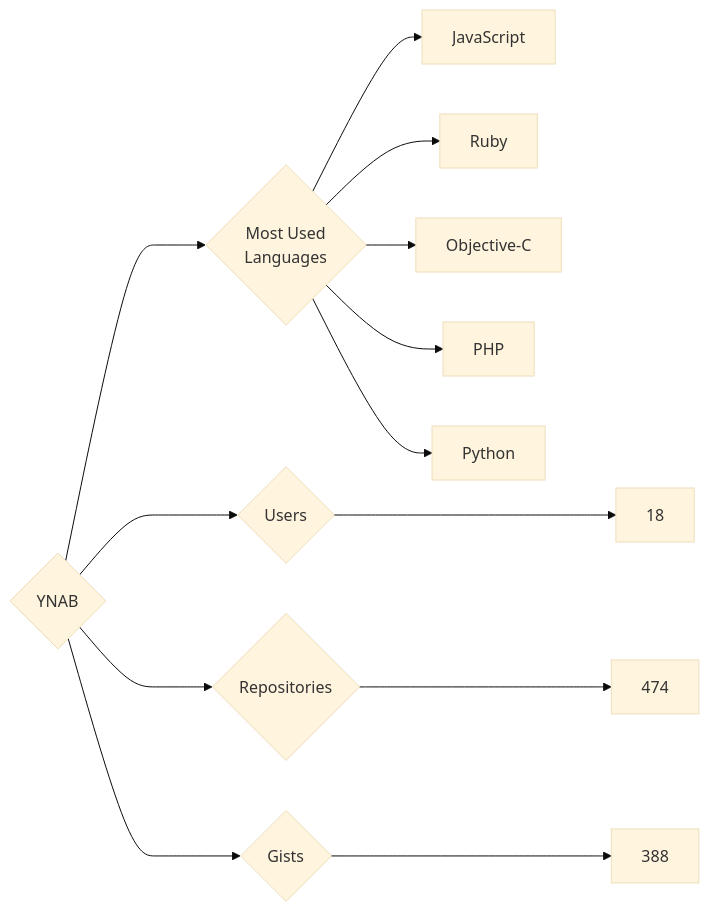
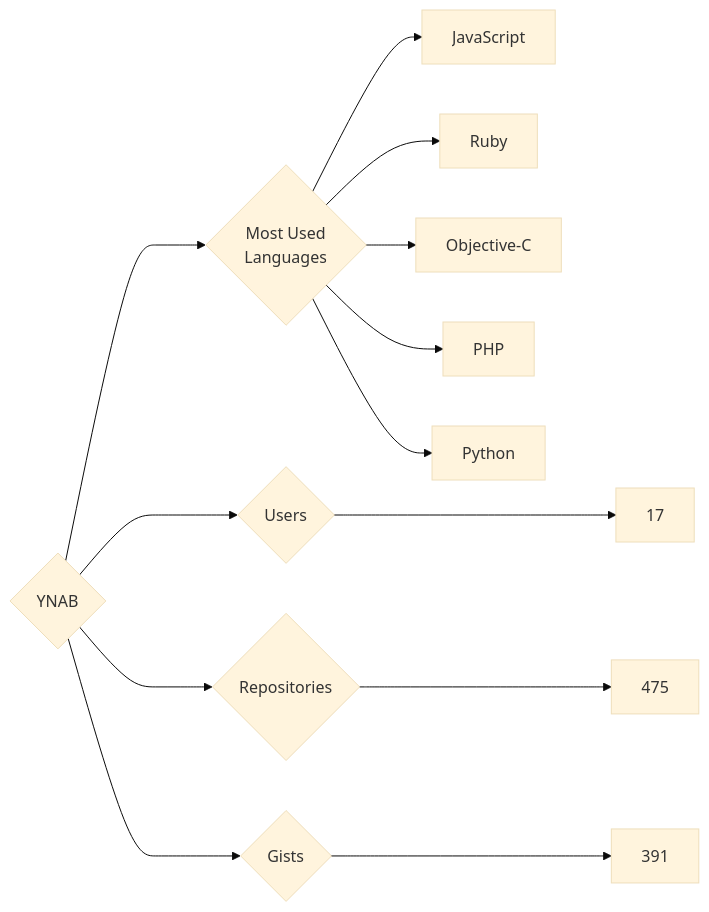
The diagram in targets/YNAB/README.md (trickest/insiders), drawn with Mermaid (base theme) before and after one commit. The commit also changed 870 other files, not shown here.

````diff
--- a/targets/YNAB/README.md
+++ b/targets/YNAB/README.md
@@ -3,13 +3,13 @@
 ```mermaid
 graph LR
 COMPANY_NAME{YNAB}
-COMPANY_NAME ---> U{Users} ---> UN[18]
-COMPANY_NAME ---> R{Repositories} ---> RN[474]
-COMPANY_NAME ---> G{Gists} ---> GN[388]
+COMPANY_NAME ---> U{Users} ---> UN[17]
+COMPANY_NAME ---> R{Repositories} ---> RN[475]
+COMPANY_NAME ---> G{Gists} ---> GN[391]
 COMPANY_NAME ---> ML{Most Used<br>Languages}
 ML --> JavaScript[JavaScript]
 ML --> Ruby[Ruby]
 ML --> Objective-C[Objective-C]
 ML --> PHP[PHP]
 ML --> Python[Python]
 ```
````
